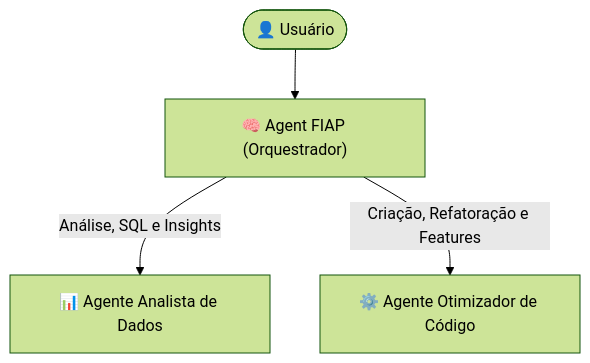
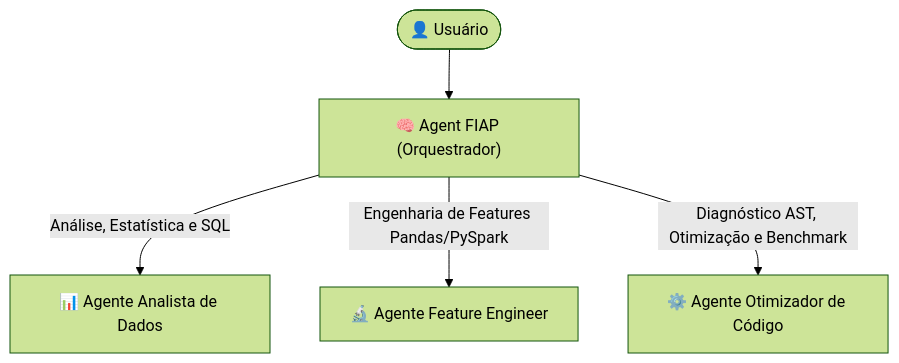
Before and after one commit to mathsantoss/agent_optimizer: the diagram in README.md, drawn with Mermaid (forest theme). The commit also changed other lines of this file, not shown here.

````diff
--- a/README.md
+++ b/README.md
@@ -13,6 +13,7 @@
 ```mermaid
 flowchart TB
     U(["👤 Usuário"]) --> O["🧠 Agent FIAP (Orquestrador)"]
-    O -->|Análise, SQL e Insights| A["📊 Agente Analista de Dados"]
-    O -->|Criação, Refatoração e Features| C["⚙️ Agente Otimizador de Código"]
+    O -->|Análise, Estatística e SQL| A["📊 Agente Analista de Dados"]
+    O -->|Engenharia de Features Pandas/PySpark| F["🔬 Agente Feature Engineer"]
+    O -->|Diagnóstico AST, Otimização e Benchmark| C["⚙️ Agente Otimizador de Código"]
 ```
````
